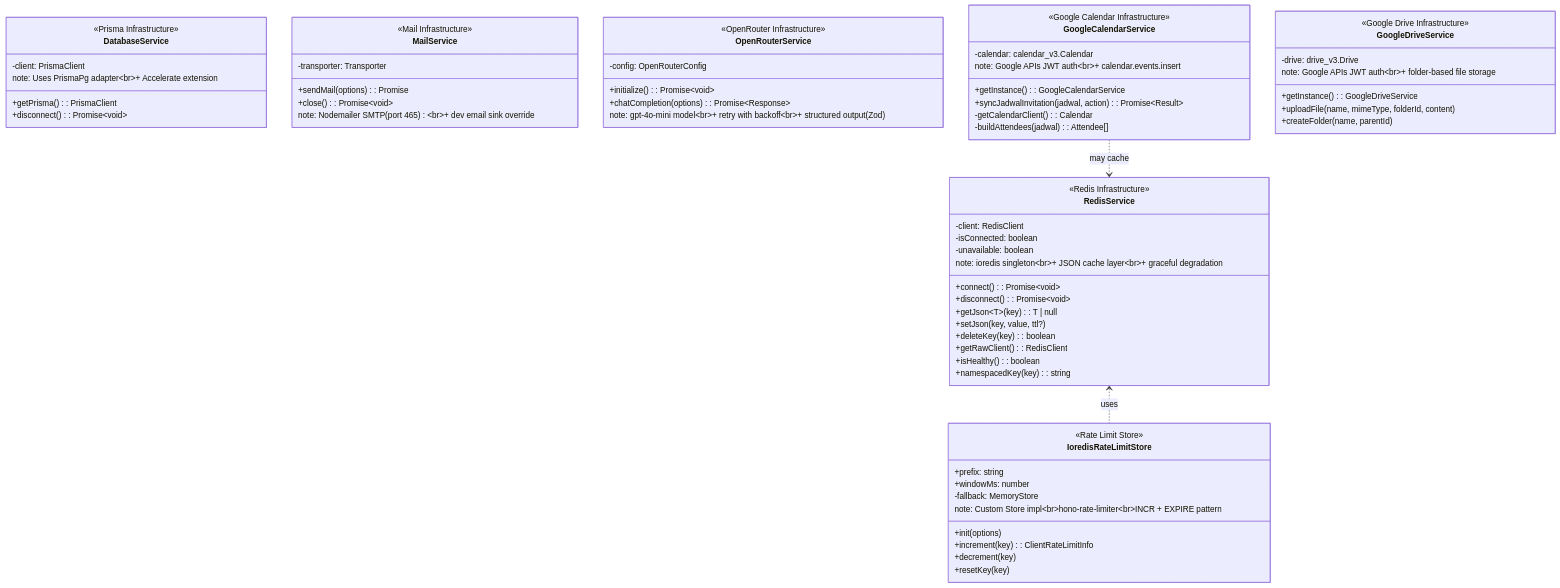
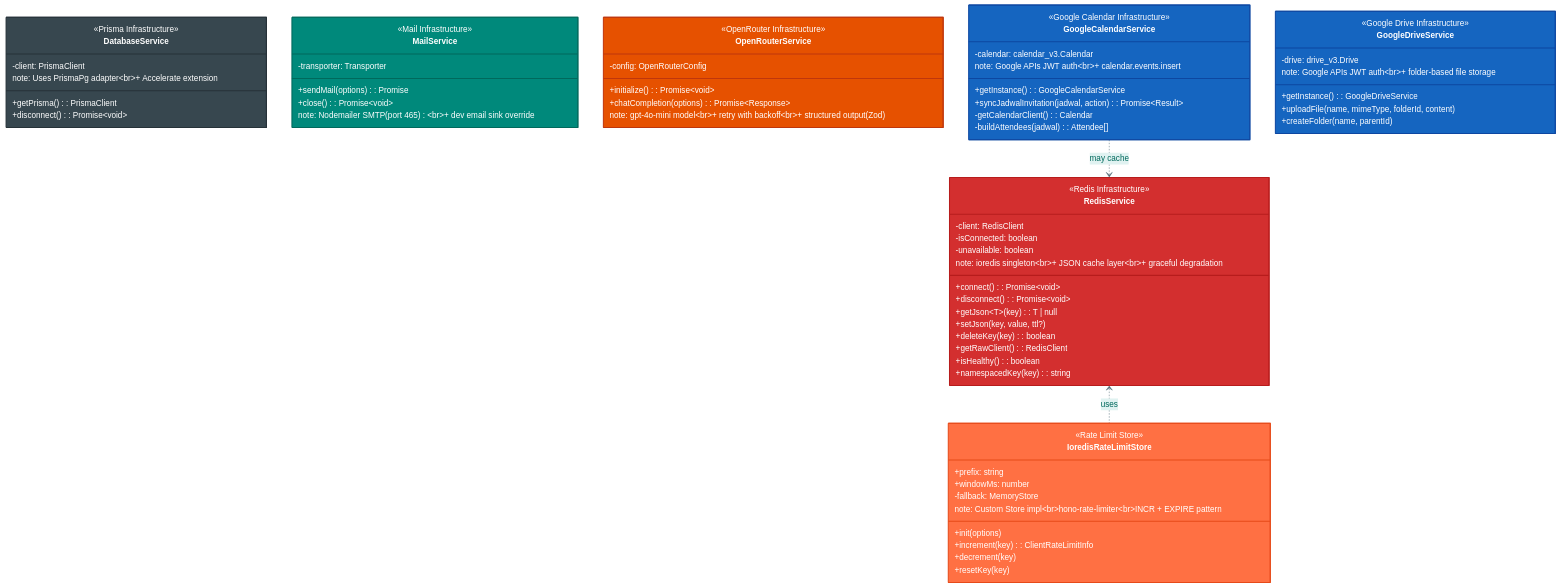
Before and after one commit to luna-gindra/c4-architecture-hono-api-seminar: the fifth of 12 diagrams in architecture-c4-level4.md, drawn with Mermaid. The commit also changed other lines of this file and 1 other file, not shown here.

First line of the commit message:
🎨 Add colorful styling to all C4 architecture diagrams

````diff
--- a/architecture-c4-level4.md
+++ b/architecture-c4-level4.md
@@ -281,4 +368,10 @@
 ```mermaid
+%%{init: {"theme": "base", "themeVariables": {
+    "primaryColor": "#E0F2F1",
+    "primaryTextColor": "#00695C",
+    "lineColor": "#546E7A",
+    "fontSize": 13
+}}}%%
 classDiagram
     class DatabaseService {
         <<Prisma Infrastructure>>
@@ -353,4 +446,12 @@
 
     RedisService <.. IoredisRateLimitStore : uses
     GoogleCalendarService ..> RedisService : may cache
+
+    style DatabaseService fill:#37474F,color:#fff,stroke:#263238,stroke-width:2px
+    style RedisService fill:#D32F2F,color:#fff,stroke:#B71C1C,stroke-width:2px
+    style MailService fill:#00897B,color:#fff,stroke:#00695C,stroke-width:2px
+    style OpenRouterService fill:#E65100,color:#fff,stroke:#BF360C,stroke-width:2px
+    style GoogleCalendarService fill:#1565C0,color:#fff,stroke:#0D47A1,stroke-width:2px
+    style GoogleDriveService fill:#1565C0,color:#fff,stroke:#0D47A1,stroke-width:2px
+    style IoredisRateLimitStore fill:#FF7043,color:#fff,stroke:#E64A19,stroke-width:2px
 ```
````
